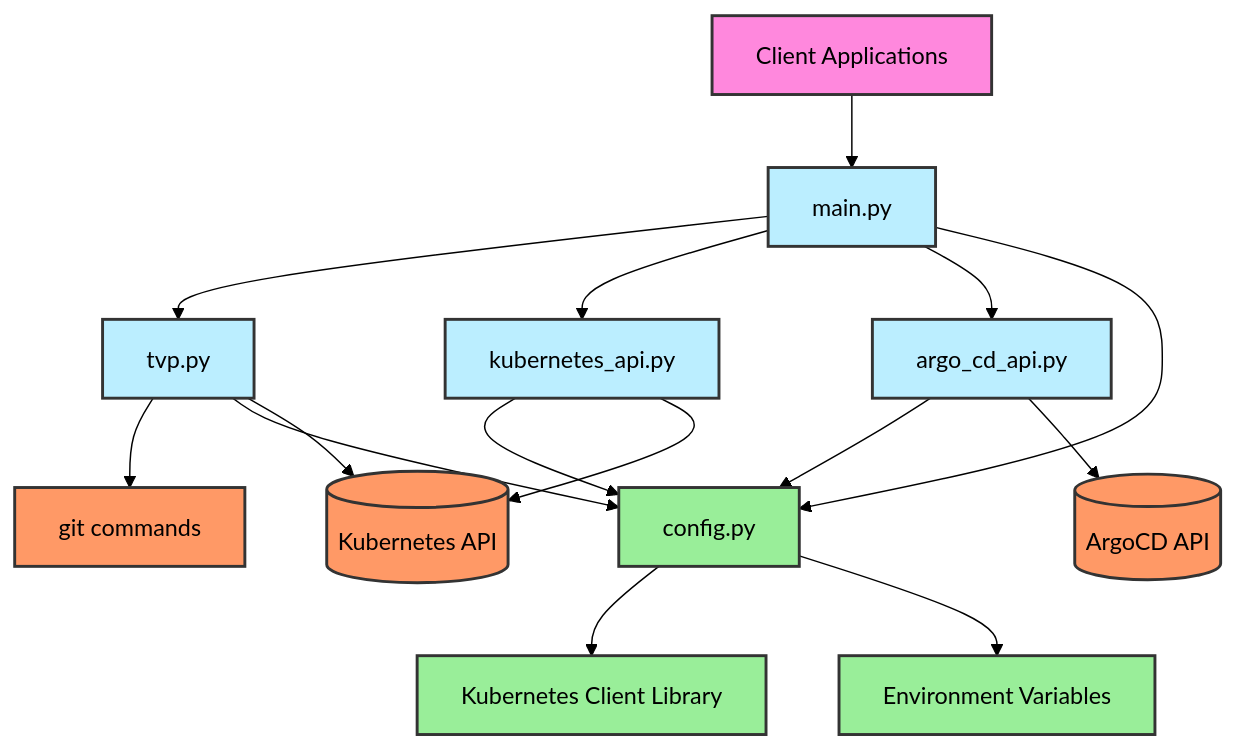
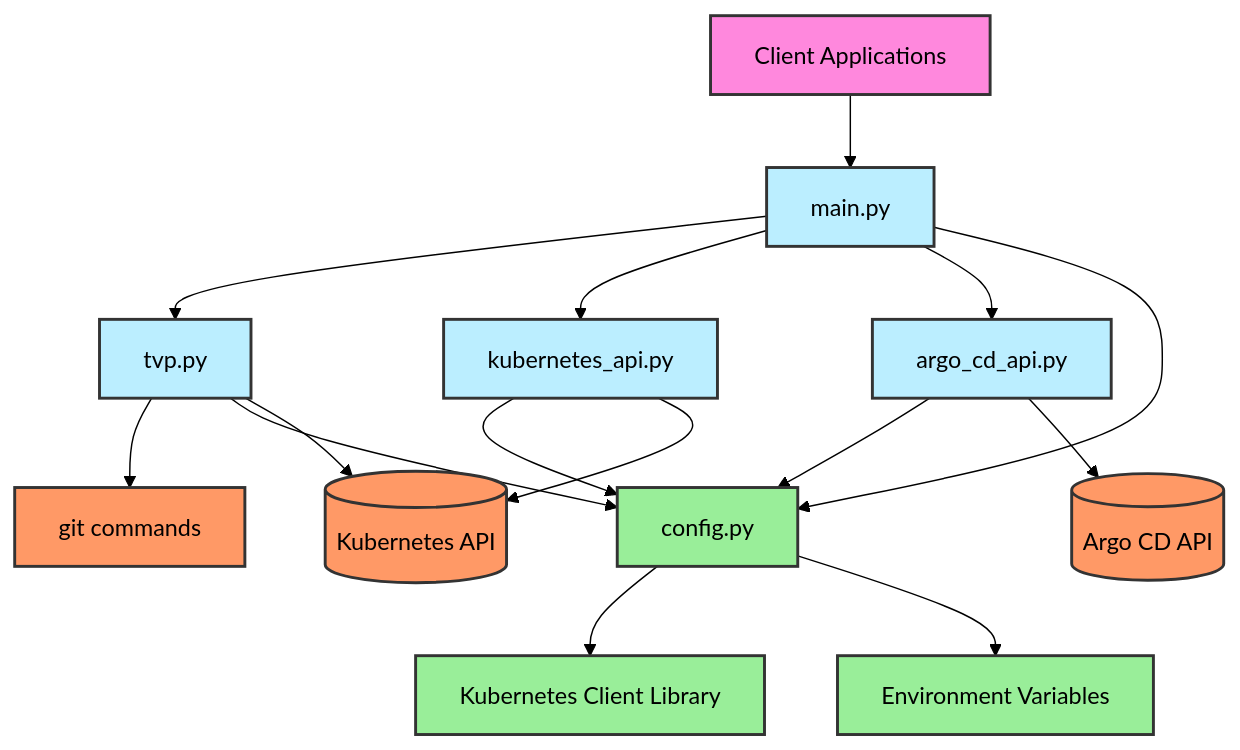
One commit to lloydchang/tvp-k8s changed the diagram in fastapi/mermaid/module-dependency-diagram.mermaid. Above: the diagram before and after it, drawn with Mermaid (forest theme).

```diff
--- a/fastapi/mermaid/module-dependency-diagram.mermaid
+++ b/fastapi/mermaid/module-dependency-diagram.mermaid
@@ -1,30 +1,30 @@
 flowchart TD
     main[main.py] --> tvp[tvp.py]
     main --> kubernetes[kubernetes_api.py]
     main --> argo[argo_cd_api.py]
     main --> config[config.py]
     
     tvp --> git[git commands]
     tvp --> config
     tvp --> kubernetes_api[(Kubernetes API)]
     
     kubernetes --> config
     kubernetes --> kubernetes_api
     
     argo --> config
-    argo --> argo_cd_api[(ArgoCD API)]
+    argo --> argo_cd_api[(Argo CD API)]
     
     config --> kubernetes_client[Kubernetes Client Library]
     config --> env[Environment Variables]
     
     client[Client Applications] --> main
     
     classDef appModule fill:#bef,stroke:#333,stroke-width:2px
     classDef externalSys fill:#f96,stroke:#333,stroke-width:2px
     classDef config fill:#9e9,stroke:#333,stroke-width:2px
     classDef client fill:#f8d,stroke:#333,stroke-width:2px
     
     class main,tvp,kubernetes,argo appModule
     class kubernetes_api,argo_cd_api,git externalSys
     class config,kubernetes_client,env config
     class client client
```
